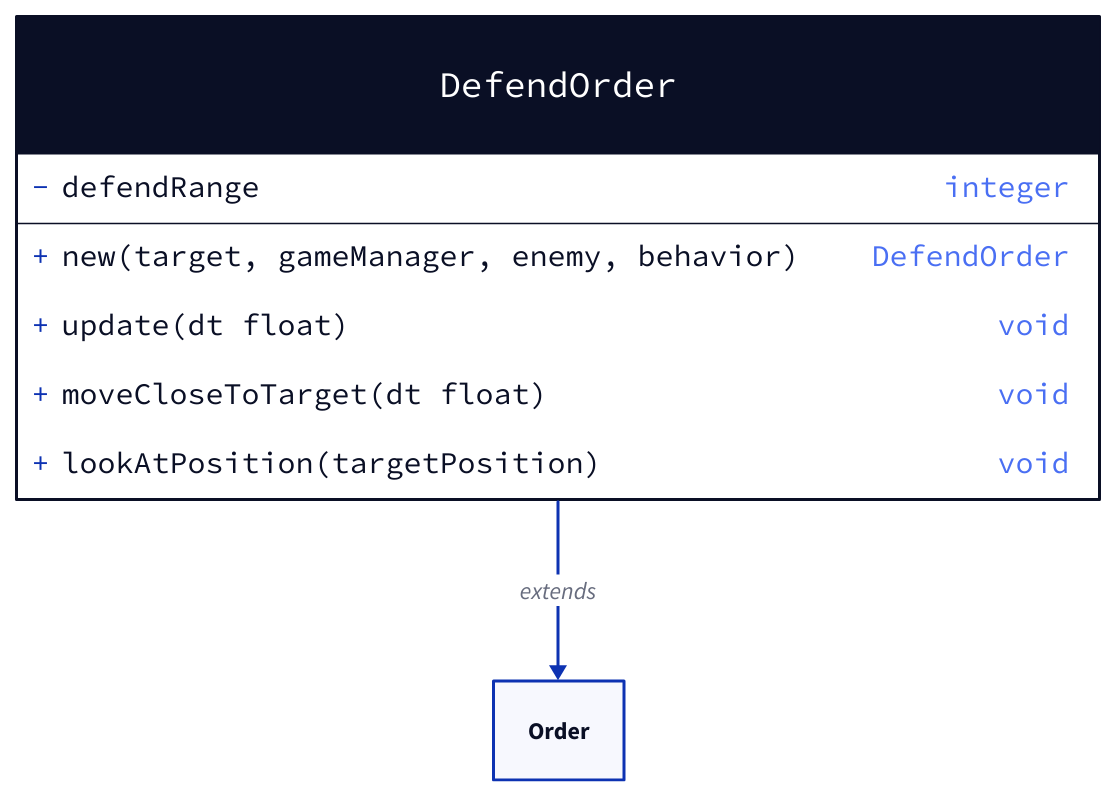
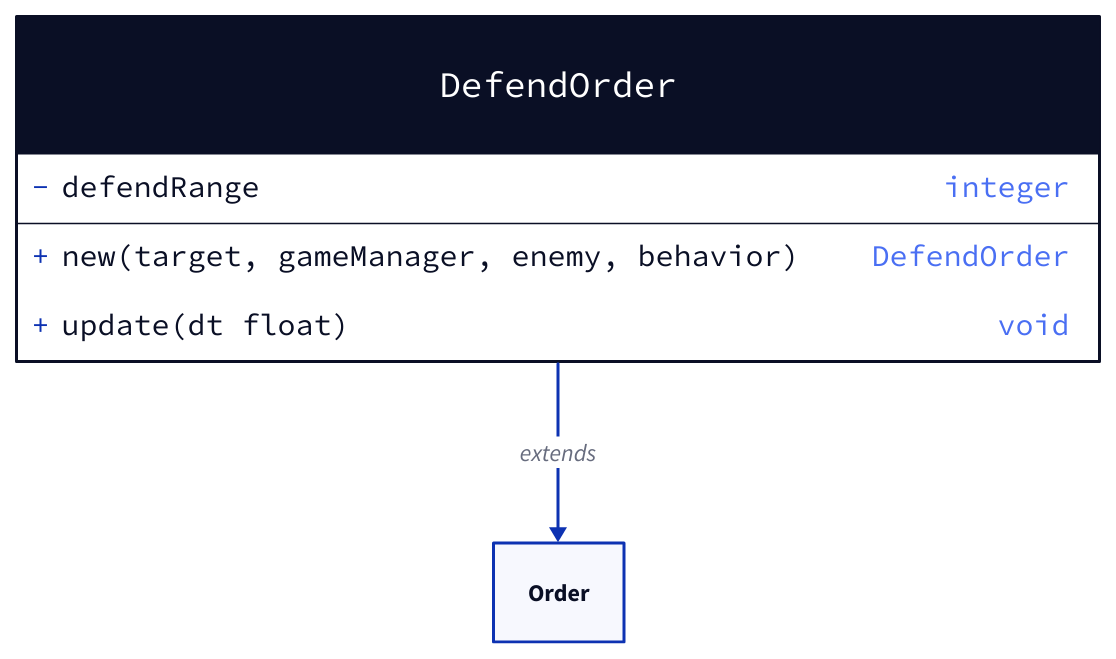
One commit to valcriss/gamingcampus-m1-lua-battletank changed the diagram in docs/defend-order.d2. Above: the diagram before and after it, drawn with D2. The commit also changed 11 other files, not shown here.

```diff
--- a/docs/defend-order.d2
+++ b/docs/defend-order.d2
@@ -1,13 +1,11 @@
 DefendOrder: {
   shape: class
 
   -defendRange: integer
 
   +new(target, gameManager, enemy, behavior): DefendOrder
 
   +update(dt float): void
-  +moveCloseToTarget(dt float): void
-  lookAtPosition(targetPosition): void
 }
 
 DefendOrder -> Order: extends
```
